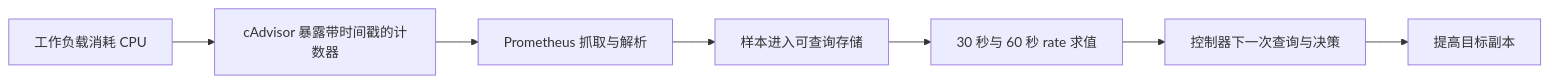
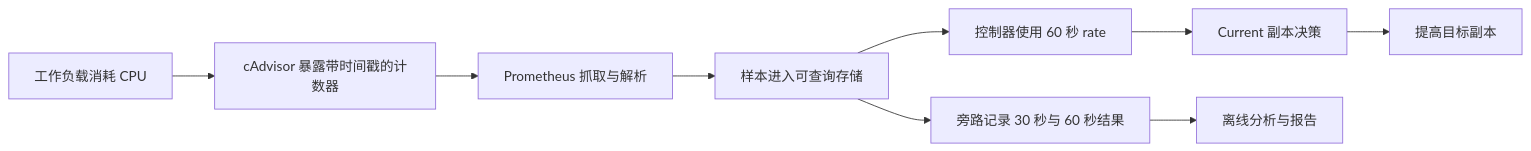
The diagram in docs/benchmarks/metric-pipeline-guide.zh-CN.md (TH1NKING/predictive-hpa), drawn with Mermaid before and after one commit. The commit also changed other lines of this file and 7 other files, not shown here.

````diff
--- a/docs/benchmarks/metric-pipeline-guide.zh-CN.md
+++ b/docs/benchmarks/metric-pipeline-guide.zh-CN.md
@@ -15,9 +17,11 @@
 ```mermaid
 flowchart LR
   A[工作负载消耗 CPU] --> B[cAdvisor 暴露带时间戳的计数器]
   B --> C[Prometheus 抓取与解析]
   C --> D[样本进入可查询存储]
-  D --> E[30 秒与 60 秒 rate 求值]
-  E --> F[控制器下一次查询与决策]
+  D --> E[控制器使用 60 秒 rate]
+  E --> F[Current 副本决策]
   F --> G[提高目标副本]
+  D --> H[旁路记录 30 秒与 60 秒结果]
+  H --> I[离线分析与报告]
 ```
````
